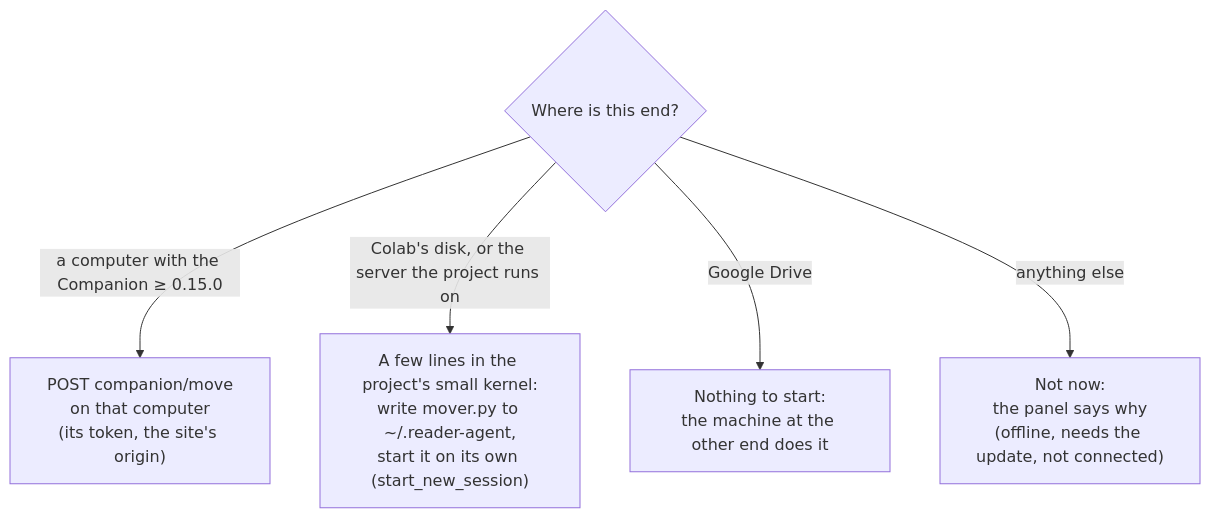
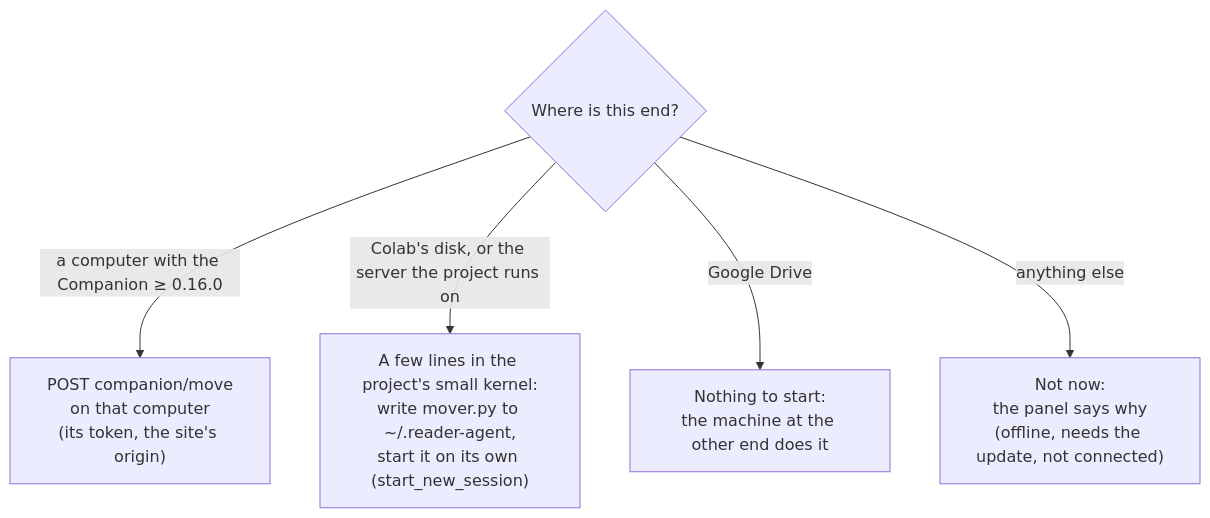
Before and after one commit to saurav717/reader: the fourth of 7 diagrams in docs/storage-moves.md, drawn with Mermaid. The commit also changed other lines of this file and 9 other files, not shown here.

First line of the commit message:
Companion 0.16.0: only a mover that weighs an old copy is used for a move

````diff
--- a/docs/storage-moves.md
+++ b/docs/storage-moves.md
@@ -189,7 +189,7 @@
 ```mermaid
 flowchart TD
-  A{"Where is this end?"} -->|"a computer with the Companion ≥ 0.15.0"| C["POST companion/move<br/>on that computer<br/>(its token, the site's origin)"]
+  A{"Where is this end?"} -->|"a computer with the Companion ≥ 0.16.0"| C["POST companion/move<br/>on that computer<br/>(its token, the site's origin)"]
   A -->|"Colab's disk, or the server the project runs on"| K["A few lines in the project's small kernel:<br/>write mover.py to ~/.reader-agent,<br/>start it on its own (start_new_session)"]
   A -->|"Google Drive"| N["Nothing to start:<br/>the machine at the other end does it"]
   A -->|"anything else"| X["Not now:<br/>the panel says why<br/>(offline, needs the update, not connected)"]
 ```
````
